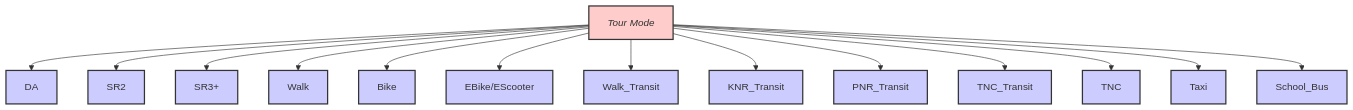
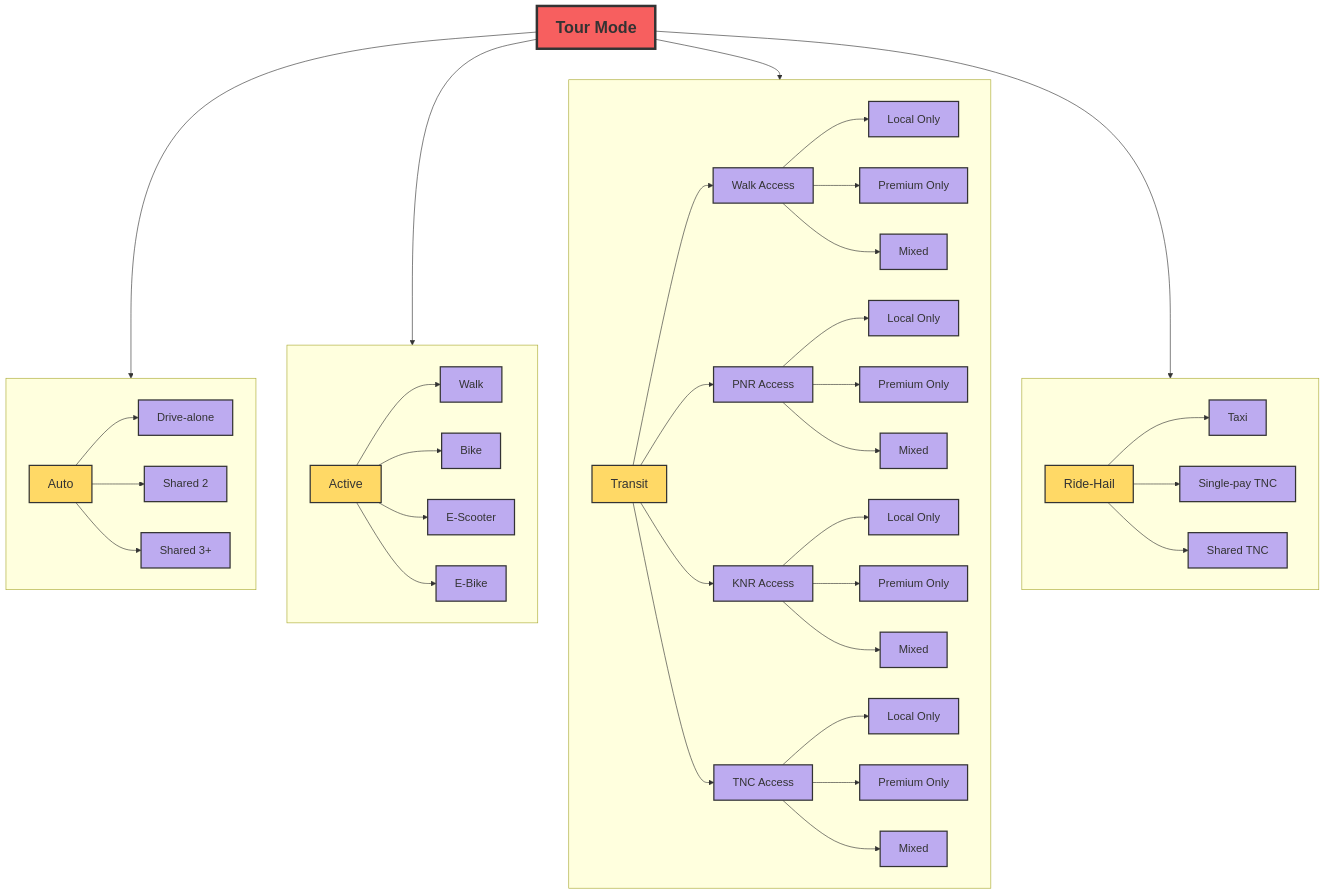
Before and after one commit to SANDAG/ABM: the first of 4 diagrams in docs/design.md, drawn with Mermaid. The commit also changed other lines of this file, not shown here.

Commit message:
Pretty flowchart

````diff
--- a/docs/design.md
+++ b/docs/design.md
@@ -42,32 +42,61 @@
 ```mermaid
-graph TD; 
-    A["`*Tour Mode*`"] --> B[DA];
-    A --> C[SR2];
-    A --> D[SR3+];
-    A --> E[Walk];
-    A --> F[Bike];
-    A --> G[EBike/EScooter];
-    A --> H1[Walk_Transit];
-    A --> H2[KNR_Transit];
-    A --> H3[PNR_Transit];
-    A --> H4[TNC_Transit];
-    A --> I[TNC];
-    A --> J[Taxi];
-    A --> K[School_Bus];
-    
+flowchart TD
+    subgraph four
+    direction LR
+    E[Ride-Hail] --> E1[Taxi]
+    E --> E2[Single-pay TNC]
+    E --> E3[Shared TNC];
+    end
+    subgraph three
+    direction LR
+    D[Transit] --> D1[Walk Access]
+    D --> D2[PNR Access]
+    D --> D3[KNR Access]
+    D --> D4[TNC Access]
 
-    style A fill:#ffcccc,stroke:#333,stroke-width:2px;
-    style B fill:#ccccff,stroke:#333,stroke-width:2px;
-    style C fill:#ccccff,stroke:#333,stroke-width:2px;
-    style D fill:#ccccff,stroke:#333,stroke-width:2px;
-    style E fill:#ccccff,stroke:#333,stroke-width:2px;
-    style F fill:#ccccff,stroke:#333,stroke-width:2px;
-    style G fill:#ccccff,stroke:#333,stroke-width:2px;
-    style H1 fill:#ccccff,stroke:#333,stroke-width:2px;
-    style H2 fill:#ccccff,stroke:#333,stroke-width:2px;
-    style H3 fill:#ccccff,stroke:#333,stroke-width:2px;
-    style H4 fill:#ccccff,stroke:#333,stroke-width:2px;
-    style J fill:#ccccff,stroke:#333,stroke-width:2px;
-    style I fill:#ccccff,stroke:#333,stroke-width:2px;
-    style K fill:#ccccff,stroke:#333,stroke-width:2px;
+    D1 --> D11[Local Only]
+    D1 --> D12[Premium Only]
+    D1 --> D13[Mixed]
+
+    D2 --> D21[Local Only]
+    D2 --> D22[Premium Only]
+    D2 --> D23[Mixed]
+
+    D3 --> D31[Local Only]
+    D3 --> D32[Premium Only]
+    D3 --> D33[Mixed]
+
+    D4 --> D41[Local Only]
+    D4 --> D42[Premium Only]
+    D4 --> D43[Mixed]
+    end
+    subgraph two
+    direction LR
+    C[Active] --> C1[Walk]
+    C --> C2[Bike]
+    C --> C3[E-Scooter]
+    C --> C4[E-Bike]
+    end
+
+    subgraph one
+    direction LR
+    B[Auto] --> B1[Drive-alone];
+    B --> B2[Shared 2];
+    B --> B3[Shared 3+];
+    end
+    A[Tour Mode] --> one;
+    A --> two;
+    A --> three;
+    A --> four;
+
+    classDef group1 fill:#f75f5f,stroke:#333,stroke-width:4px,font-size:26px,font-weight:bold;
+    classDef group2 fill:#ffd966,stroke:#333,stroke-width:2px,font-size:20px;
+    classDef group3 fill:#bdabf0,stroke:#333,stroke-width:2px,font-size:18px;
+
+    classDef hiddenTitle color:transparent;
+    class one,two,three,four hiddenTitle;
+
+    class A group1;
+    class B,C,D,E group2;
+    class B1,B2,B3,C1,C2,C3,C4,D1,D2,D3,D4,E1,E2,E3,D11,D12,D13,D21,D22,D23,D31,D32,D33,D41,D42,D43 group3;
 ```
````
